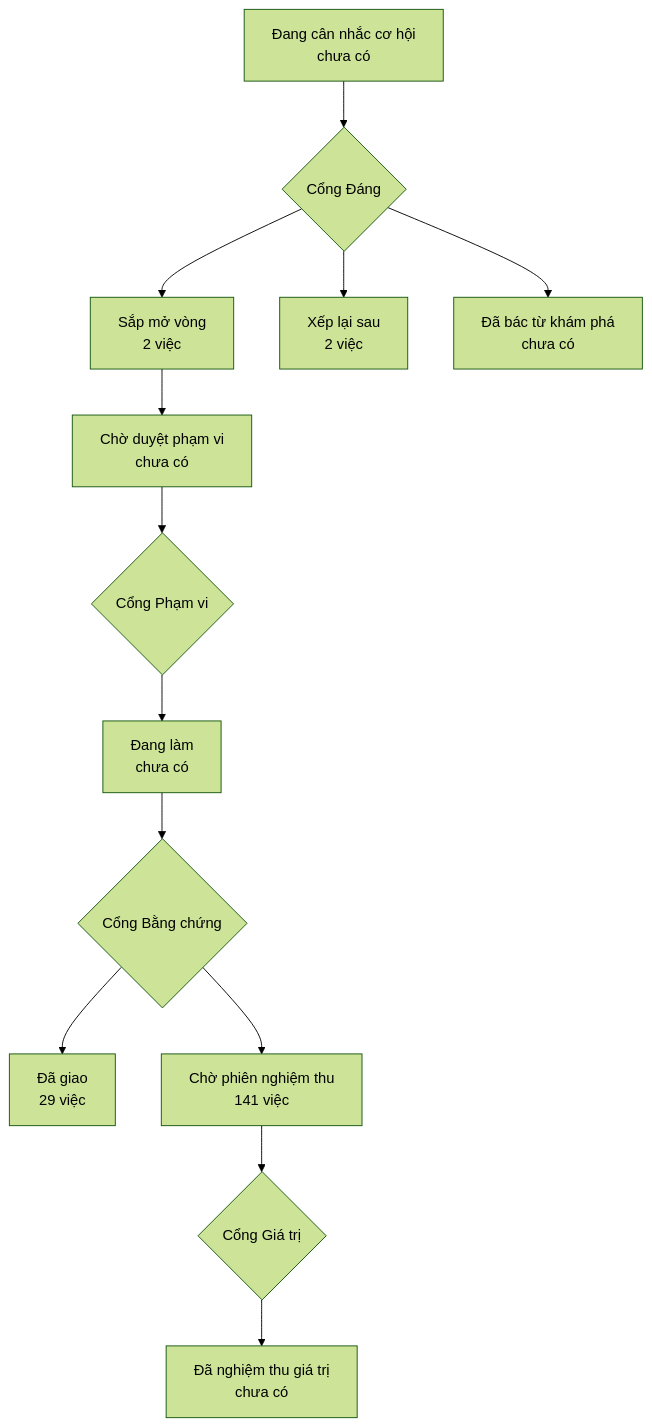
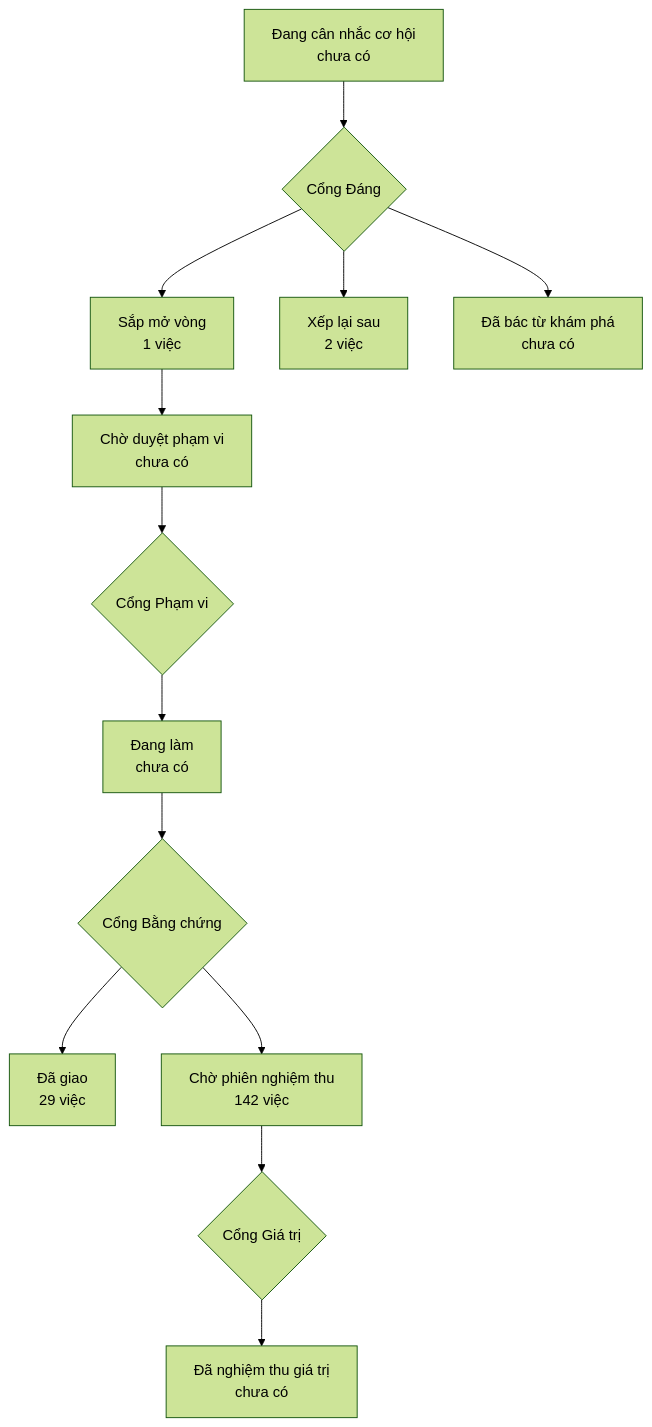
One commit to phanlemanh/onehub-quy-hang changed the diagram in PRODUCT-MAP.md. Above: the diagram before and after it, drawn with Mermaid (forest theme). The commit also changed 1 other file, not shown here.

Commit message:
chore: vẽ lại bản đồ sau gộp main

````diff
--- a/PRODUCT-MAP.md
+++ b/PRODUCT-MAP.md
@@ -7,12 +7,12 @@
 ```mermaid
 flowchart TD
   A["Đang cân nhắc cơ hội<br/>chưa có"] --> GD{"Cổng Đáng"}
-  GD --> B["Sắp mở vòng<br/>2 việc"]
+  GD --> B["Sắp mở vòng<br/>1 việc"]
   GD --> XL["Xếp lại sau<br/>2 việc"]
   GD --> DB["Đã bác từ khám phá<br/>chưa có"]
   B --> CD["Chờ duyệt phạm vi<br/>chưa có"] --> GP{"Cổng Phạm vi"}
   GP --> DL["Đang làm<br/>chưa có"] --> GB{"Cổng Bằng chứng"}
   GB --> DG["Đã giao<br/>29 việc"]
-  GB --> CN["Chờ phiên nghiệm thu<br/>141 việc"] --> GG{"Cổng Giá trị"}
+  GB --> CN["Chờ phiên nghiệm thu<br/>142 việc"] --> GG{"Cổng Giá trị"}
   GG --> NT["Đã nghiệm thu giá trị<br/>chưa có"]
 ```
````
